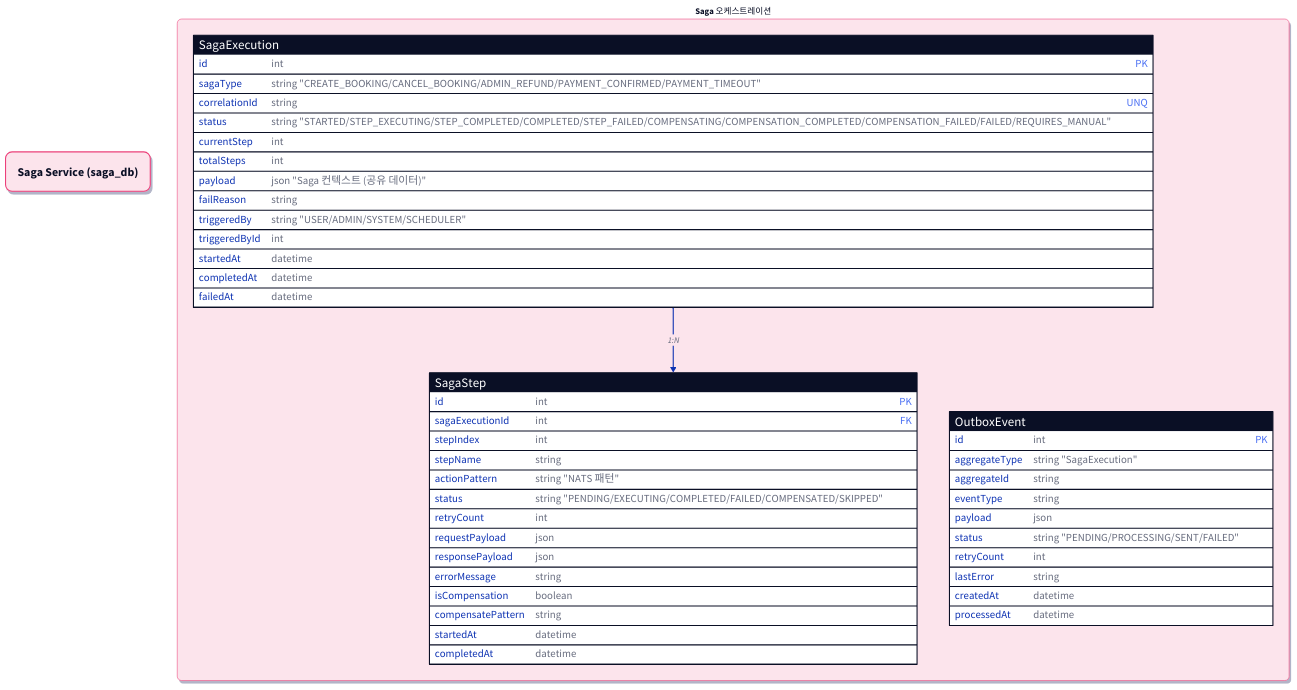
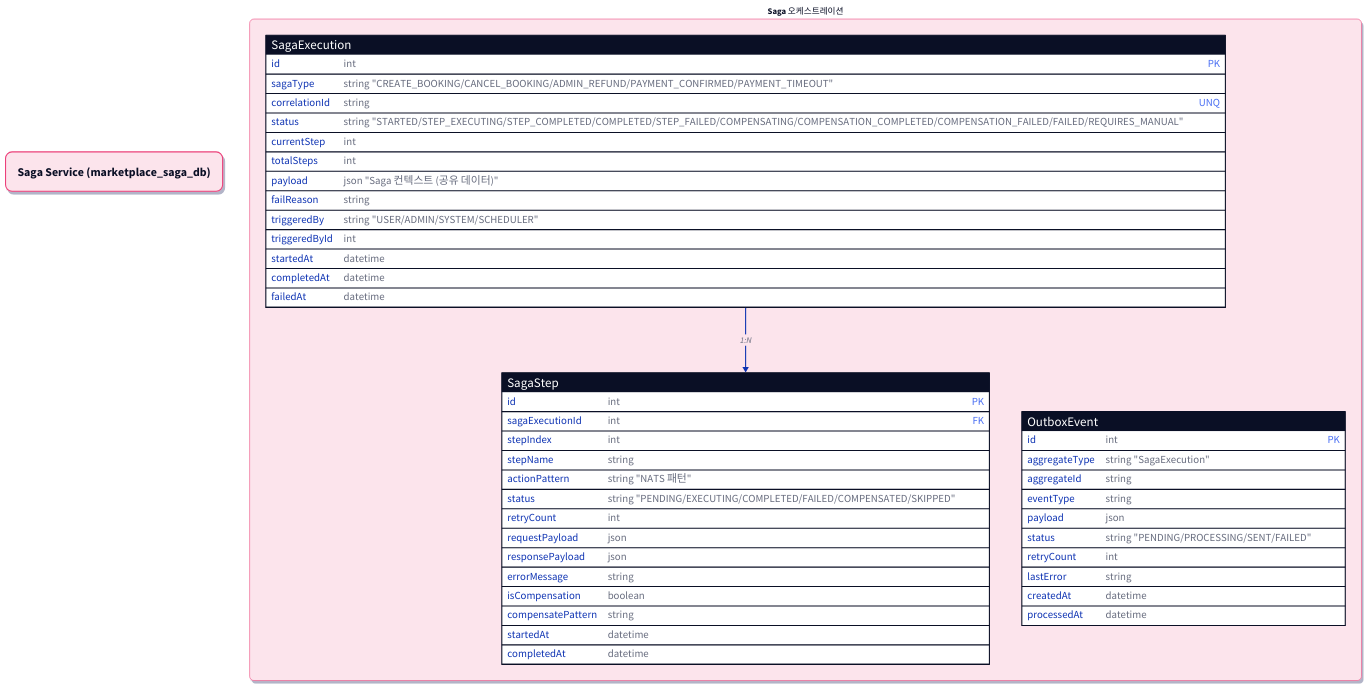
One commit to uniyous/parkgolf-platform changed the sixth of 9 diagrams in docs/architecture/database.md. Above: the diagram before and after it, drawn with D2. The commit also changed other lines of this file and 13 other files, not shown here.

First line of the commit message:
refactor(saga): DB명 saga_db → marketplace_saga_db 리네임 (UNI-127)

````diff
--- a/docs/architecture/database.md
+++ b/docs/architecture/database.md
@@ -1353,81 +1353,81 @@
 ```d2
 classes: {
   db-title: {
     style.font-size: 22
     style.bold: true
     style.stroke-width: 2
     style.border-radius: 12
     style.shadow: true
   }
   group: {
     style.border-radius: 8
     style.stroke-width: 1
     style.shadow: true
     style.font-size: 16
     style.bold: true
   }
 }
 
-header: "Saga Service (saga_db)" {
+header: "Saga Service (marketplace_saga_db)" {
   class: db-title
   style.fill: "#FCE4EC"
   style.stroke: "#EC407A"
 }
 
 saga: "Saga 오케스트레이션" {
   class: group
   style.fill: "#FCE4EC"
   style.stroke: "#EC407A"
 
   SagaExecution: {
     shape: sql_table
     id: int {constraint: primary_key}
     sagaType: string "CREATE_BOOKING/CANCEL_BOOKING/ADMIN_REFUND/PAYMENT_CONFIRMED/PAYMENT_TIMEOUT"
     correlationId: string {constraint: unique}
     status: string "STARTED/STEP_EXECUTING/STEP_COMPLETED/COMPLETED/STEP_FAILED/COMPENSATING/COMPENSATION_COMPLETED/COMPENSATION_FAILED/FAILED/REQUIRES_MANUAL"
     currentStep: int
     totalSteps: int
     payload: json "Saga 컨텍스트 (공유 데이터)"
     failReason: string
     triggeredBy: string "USER/ADMIN/SYSTEM/SCHEDULER"
     triggeredById: int
     startedAt: datetime
     completedAt: datetime
     failedAt: datetime
   }
 
   SagaStep: {
     shape: sql_table
     id: int {constraint: primary_key}
     sagaExecutionId: int {constraint: foreign_key}
     stepIndex: int
     stepName: string
     actionPattern: string "NATS 패턴"
     status: string "PENDING/EXECUTING/COMPLETED/FAILED/COMPENSATED/SKIPPED"
     retryCount: int
     requestPayload: json
     responsePayload: json
     errorMessage: string
     isCompensation: boolean
     compensatePattern: string
     startedAt: datetime
     completedAt: datetime
   }
 
   OutboxEvent: {
     shape: sql_table
     id: int {constraint: primary_key}
     aggregateType: string "SagaExecution"
     aggregateId: string
     eventType: string
     payload: json
     status: string "PENDING/PROCESSING/SENT/FAILED"
     retryCount: int
     lastError: string
     createdAt: datetime
     processedAt: datetime
   }
 
   SagaExecution -> SagaStep: "1:N"
 }
 ```
````
